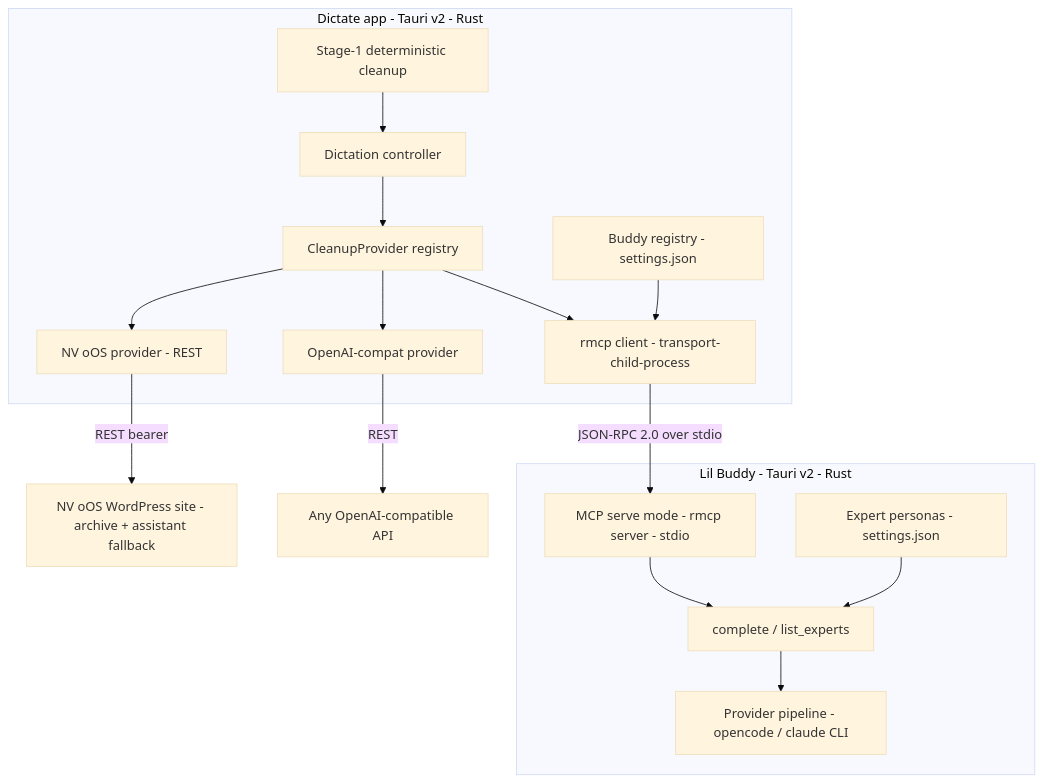
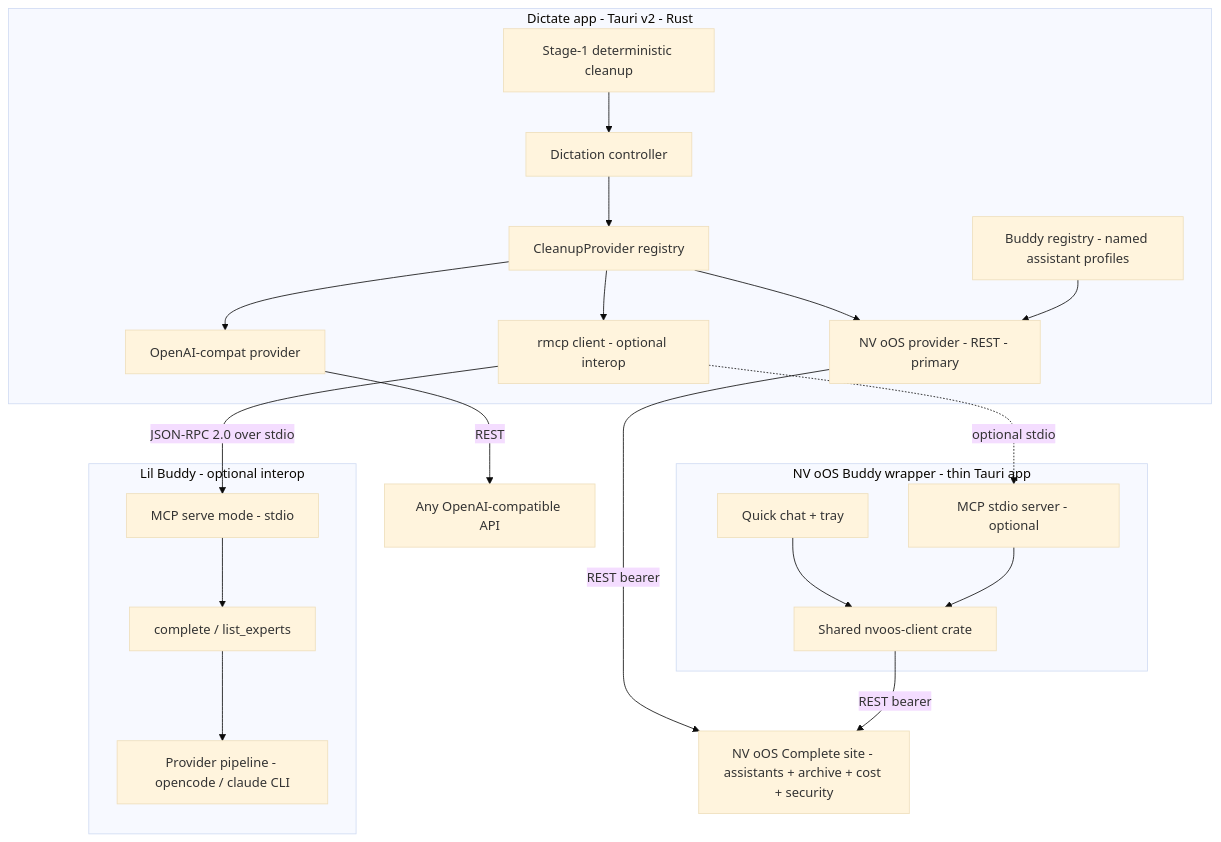
One commit to nvdigitalsolutions/mcp-ai-wpoos changed the diagram in docs/project/proposals/069-lil-buddy-mcp-assistant-integration-proposal.md. Above: the diagram before and after it, drawn with Mermaid (base theme). The commit also changed other lines of this file, not shown here.

First line of the commit message:
Pivot proposal 069 to an in-repo NV oOS Buddy wrapper

````diff
--- a/docs/project/proposals/069-lil-buddy-mcp-assistant-integration-proposal.md
+++ b/docs/project/proposals/069-lil-buddy-mcp-assistant-integration-proposal.md
@@ -209,31 +279,38 @@
 ```mermaid
 flowchart TD
     subgraph DICT[Dictate app - Tauri v2 - Rust]
         DIC[Dictation controller]
         ST1[Stage-1 deterministic cleanup]
         PROV[CleanupProvider registry]
-        NV[NV oOS provider - REST]
+        NV[NV oOS provider - REST - primary]
         OA[OpenAI-compat provider]
-        MCPC[rmcp client - transport-child-process]
-        REG[Buddy registry - settings.json]
+        MCPC[rmcp client - optional interop]
+        REG[Buddy registry - named assistant profiles]
         ST1 --> DIC
         DIC --> PROV
         PROV --> NV
         PROV --> OA
         PROV --> MCPC
-        REG --> MCPC
+        REG --> NV
     end
-    subgraph BUD[Lil Buddy - Tauri v2 - Rust]
-        SERVE[MCP serve mode - rmcp server - stdio]
+    subgraph WRAP[NV oOS Buddy wrapper - thin Tauri app]
+        CHAT[Quick chat + tray]
+        CLIENT[Shared nvoos-client crate]
+        SRV[MCP stdio server - optional]
+        CHAT --> CLIENT
+        SRV --> CLIENT
+    end
+    subgraph BUD[Lil Buddy - optional interop]
+        SERVE[MCP serve mode - stdio]
         TOOLS[complete / list_experts]
         PROVCLI[Provider pipeline - opencode / claude CLI]
-        EXP[Expert personas - settings.json]
         SERVE --> TOOLS
         TOOLS --> PROVCLI
-        EXP --> TOOLS
     end
-    SITE[NV oOS WordPress site - archive + assistant fallback]
+    SITE[NV oOS Complete site - assistants + archive + cost + security]
     MCPC -->|JSON-RPC 2.0 over stdio| SERVE
+    MCPC -.->|optional stdio| SRV
     NV -->|REST bearer| SITE
+    CLIENT -->|REST bearer| SITE
     OA -->|REST| OAAPI[Any OpenAI-compatible API]
 ```
````
